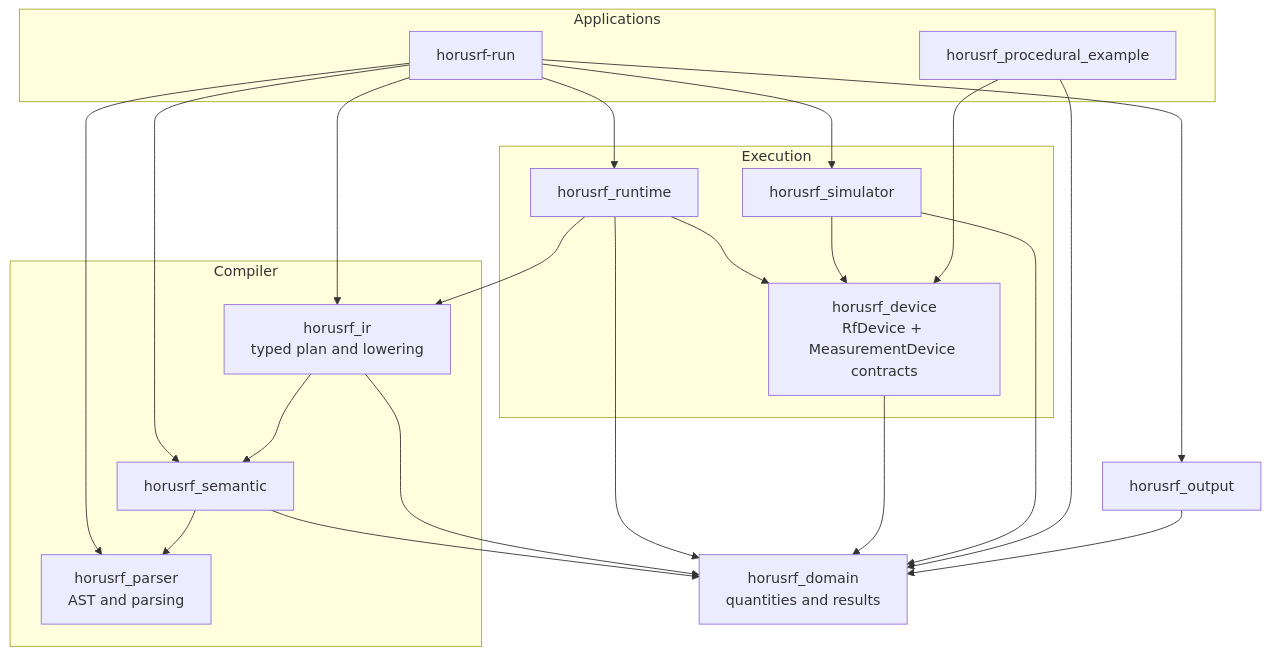
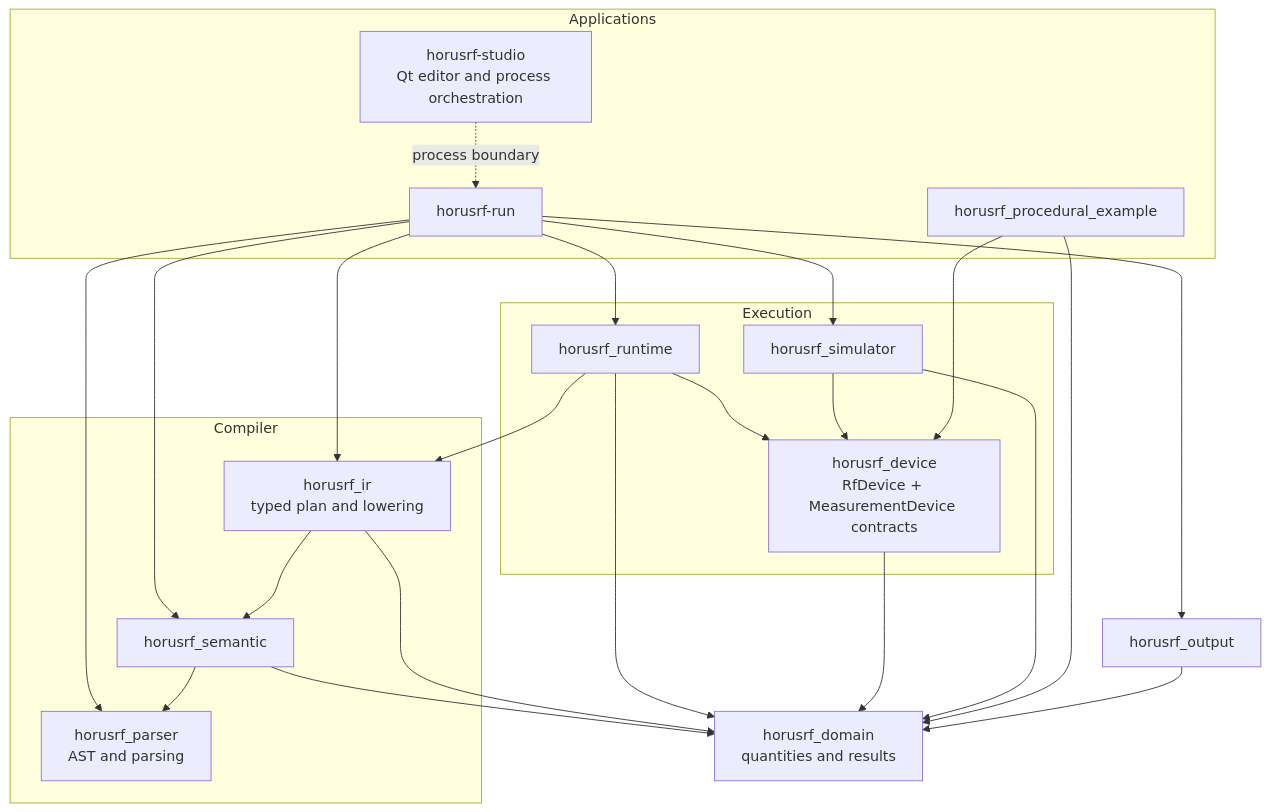
The second of 4 diagrams in docs/architecture.md (sergiorf/HorusRF), drawn with Mermaid before and after one commit. The commit also changed other lines of this file and 13 other files, not shown here.

Commit message:
feat(studio): add Qt application and DSL editor

````diff
--- a/docs/architecture.md
+++ b/docs/architecture.md
@@ -56,43 +56,46 @@
 ```mermaid
 flowchart TB
     subgraph Applications
         CLI[horusrf-run]
+        Studio[horusrf-studio<br/>Qt editor and process orchestration]
         Procedural[horusrf_procedural_example]
     end
 
     subgraph Compiler
         Parser[horusrf_parser<br/>AST and parsing]
         Semantic[horusrf_semantic]
         IR[horusrf_ir<br/>typed plan and lowering]
     end
 
     subgraph Execution
         Runtime[horusrf_runtime]
         Device[horusrf_device<br/>RfDevice + MeasurementDevice contracts]
         Simulator[horusrf_simulator]
     end
 
     Output[horusrf_output]
     Domain[horusrf_domain<br/>quantities and results]
 
     CLI --> Parser
     CLI --> Semantic
     CLI --> IR
     CLI --> Runtime
     CLI --> Simulator
     CLI --> Output
 
+    Studio -. process boundary .-> CLI
+
     Semantic --> Parser
     Semantic --> Domain
     IR --> Semantic
     IR --> Domain
     Runtime --> IR
     Runtime --> Device
     Runtime --> Domain
     Device --> Domain
     Simulator --> Device
     Simulator --> Domain
     Procedural --> Device
     Procedural --> Domain
     Output --> Domain
 ```
````
